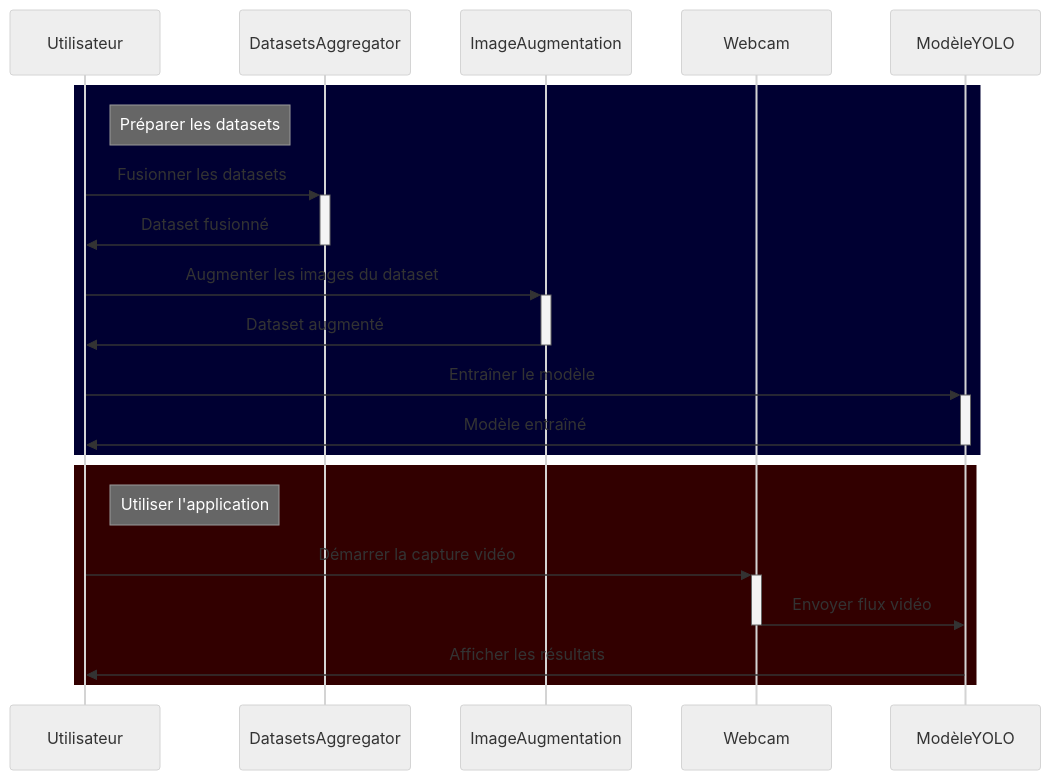
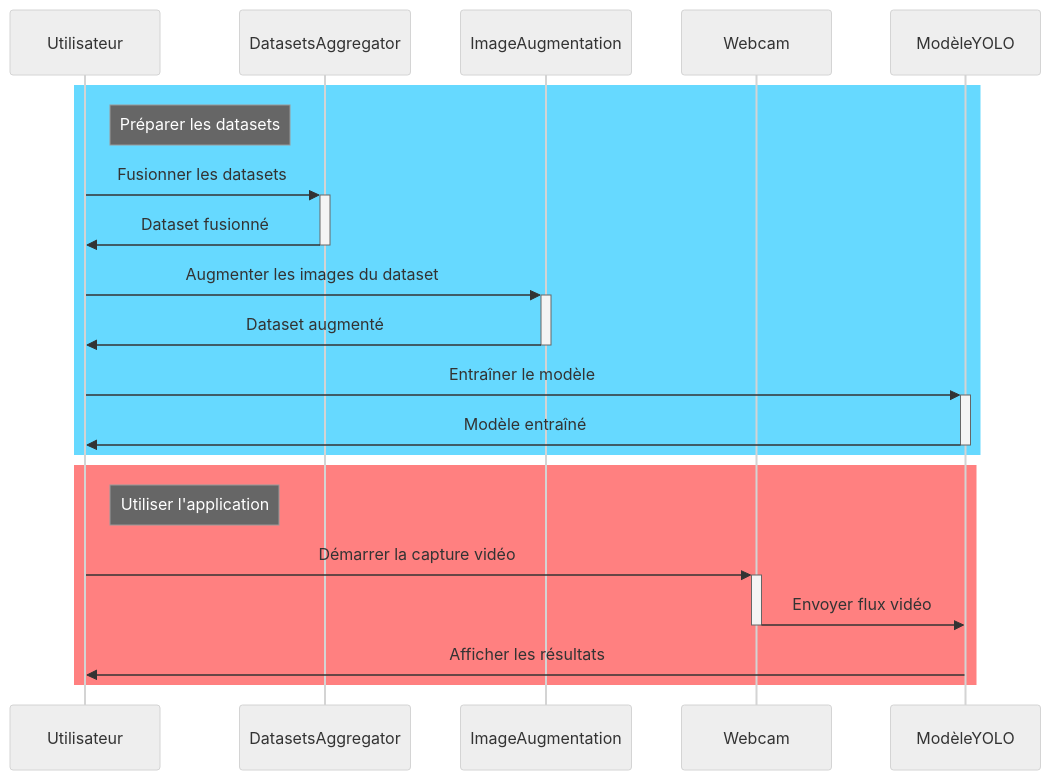
The diagram in rapport.md (eltar14/projet-VA), drawn with Mermaid (neutral theme) before and after one commit.

Commit message:
Update rapport.md to improve flowchart colors and enhance visual clarity in usage diagram

````diff
--- a/rapport.md
+++ b/rapport.md
@@ -203,25 +202,27 @@
 ```mermaid
 sequenceDiagram
+accDescr: Diagramme de flux d'utilisation de l'application
+
     participant U as Utilisateur
     participant DA as DatasetsAggregator
     participant IA as ImageAugmentation
     participant W as Webcam
     participant MY as ModèleYOLO
 
-    rect rgb(0, 0, 50)
+    rect rgb(102, 217, 255)
     note right of U: Préparer les datasets
     U->>+DA: Fusionner les datasets
     DA->>-U: Dataset fusionné
     U->>+IA: Augmenter les images du dataset
     IA->>-U: Dataset augmenté
     U->>+MY: Entraîner le modèle
     MY->>-U: Modèle entraîné
     end
 
-    rect rgb(50, 0, 00)
+    rect rgb(255, 128, 128)
     note right of U: Utiliser l'application
     U->>+W: Démarrer la capture vidéo
     W->>-MY: Envoyer flux vidéo
     MY->>U: Afficher les résultats
     end
 ```
````
